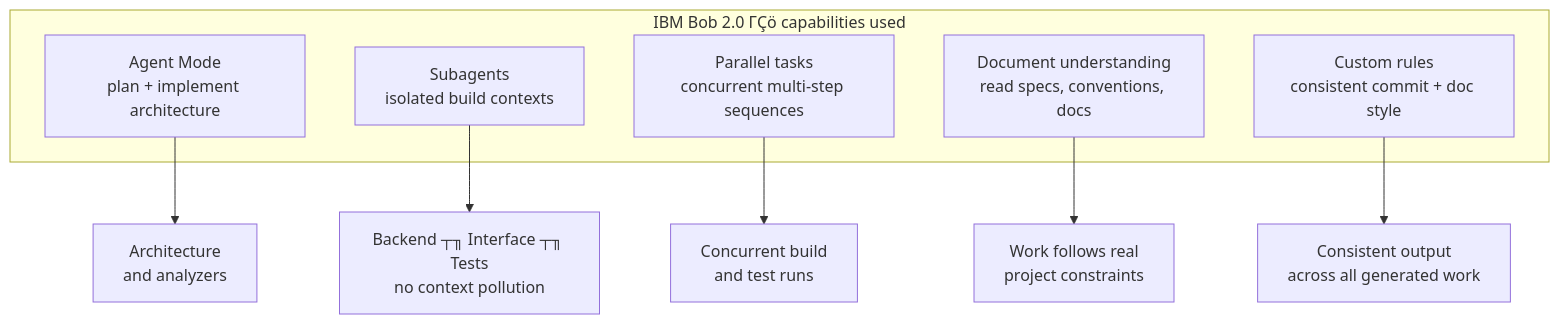
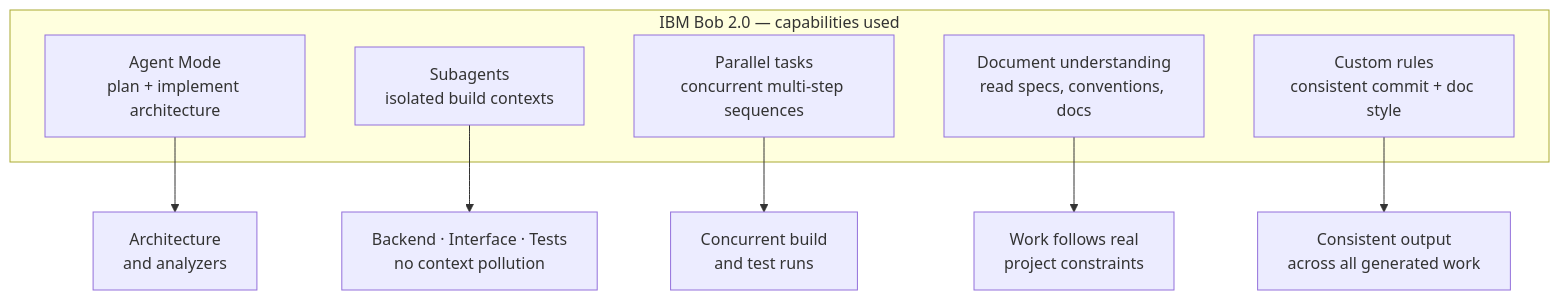
The ninth of 9 diagrams in README.md (TonyINSY6629/Project_for_IBM_Hackathon_Bob_in_Action), drawn with Mermaid before and after one commit. The commit also changed other lines of this file, not shown here.

````diff
--- a/README.md
+++ b/README.md
@@ -495,16 +494,16 @@
 ```mermaid
 flowchart TD
-    subgraph BobCapabilities["IBM Bob 2.0 ΓÇö capabilities used"]
-        AGT[Agent Mode\nplan + implement architecture]
-        SUB[Subagents\nisolated build contexts]
-        PAR[Parallel tasks\nconcurrent multi-step sequences]
-        DOC[Document understanding\nread specs, conventions, docs]
-        RUL[Custom rules\nconsistent commit + doc style]
+    subgraph BobCapabilities["IBM Bob 2.0 — capabilities used"]
+        AGT["Agent Mode<br/>plan + implement architecture"]
+        SUB["Subagents<br/>isolated build contexts"]
+        PAR["Parallel tasks<br/>concurrent multi-step sequences"]
+        DOC["Document understanding<br/>read specs, conventions, docs"]
+        RUL["Custom rules<br/>consistent commit + doc style"]
     end
 
-    AGT --> ARCH[Architecture\nand analyzers]
-    SUB --> ISO[Backend ┬╖ Interface ┬╖ Tests\nno context pollution]
-    PAR --> CON[Concurrent build\nand test runs]
-    DOC --> CON2[Work follows real\nproject constraints]
-    RUL --> CON3[Consistent output\nacross all generated work]
+    AGT --> ARCH["Architecture<br/>and analyzers"]
+    SUB --> ISO["Backend · Interface · Tests<br/>no context pollution"]
+    PAR --> CON["Concurrent build<br/>and test runs"]
+    DOC --> CON2["Work follows real<br/>project constraints"]
+    RUL --> CON3["Consistent output<br/>across all generated work"]
 ```
````
